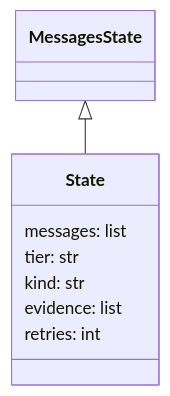
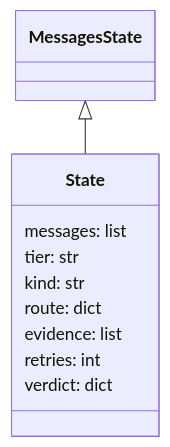
The second of 6 diagrams in task3-agent/diagrams/diagrams.md (Zancrow20/LLMs), drawn with Mermaid before and after one commit. The commit also changed other lines of this file and 57 other files, not shown here.

````diff
--- a/task3-agent/diagrams/diagrams.md
+++ b/task3-agent/diagrams/diagrams.md
@@ -54,12 +54,14 @@
 ```mermaid
 classDiagram
   class State {
     messages: list
     tier: str
     kind: str
+    route: dict
     evidence: list
     retries: int
+    verdict: dict
   }
   class MessagesState
   MessagesState <|-- State
 ```
````
